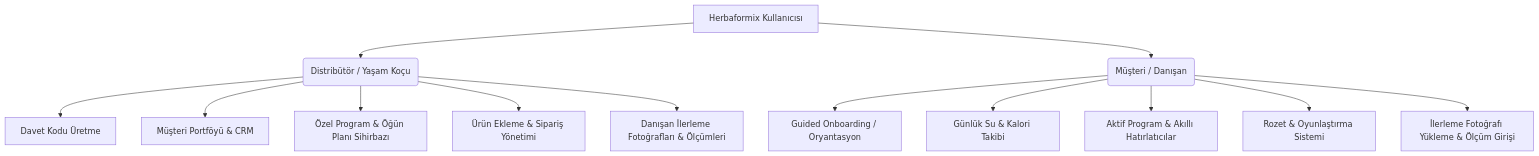
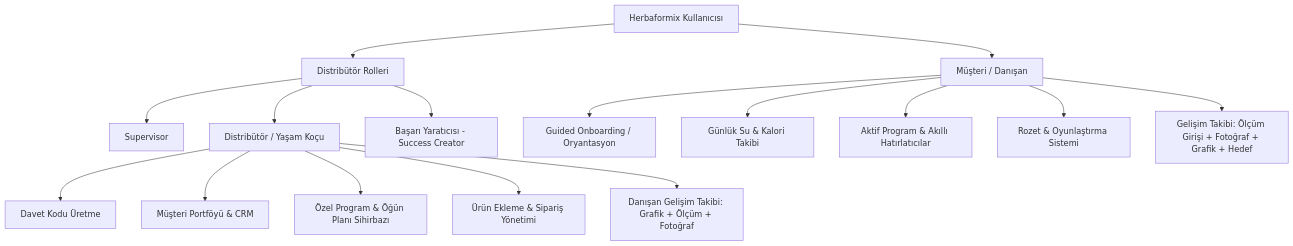
One commit to mezekix/herbaformix changed the diagram in PRD.md. Above: the diagram before and after it, drawn with Mermaid. The commit also changed other lines of this file and 126 other files, not shown here.

````diff
--- a/PRD.md
+++ b/PRD.md
@@ -32,17 +38,21 @@
 ```mermaid
 graph TD
-    A[Herbaformix Kullanıcısı] --> B(Distribütör / Yaşam Koçu)
-    A --> C(Müşteri / Danışan)
+    A[Herbaformix Kullanıcısı] --> B[Distribütör Rolleri]
+    A --> C[Müşteri / Danışan]
     
-    B --> B1[Davet Kodu Üretme]
-    B --> B2[Müşteri Portföyü & CRM]
-    B --> B3[Özel Program & Öğün Planı Sihirbazı]
-    B --> B4[Ürün Ekleme & Sipariş Yönetimi]
-    B --> B5[Danışan İlerleme Fotoğrafları & Ölçümleri]
+    B --> B1[Supervisor]
+    B --> B2[Distribütör / Yaşam Koçu]
+    B --> B3[Başarı Yaratıcısı - Success Creator]
+    
+    B2 --> D1[Davet Kodu Üretme]
+    B2 --> D2[Müşteri Portföyü & CRM]
+    B2 --> D3[Özel Program & Öğün Planı Sihirbazı]
+    B2 --> D4[Ürün Ekleme & Sipariş Yönetimi]
+    B2 --> D5[Danışan Gelişim Takibi: Grafik + Ölçüm + Fotoğraf]
     
     C --> C1[Guided Onboarding / Oryantasyon]
     C --> C2[Günlük Su & Kalori Takibi]
     C --> C3[Aktif Program & Akıllı Hatırlatıcılar]
     C --> C4[Rozet & Oyunlaştırma Sistemi]
-    C --> C5[İlerleme Fotoğrafı Yükleme & Ölçüm Girişi]
+    C --> C5[Gelişim Takibi: Ölçüm Girişi + Fotoğraf + Grafik + Hedef]
 ```
````
